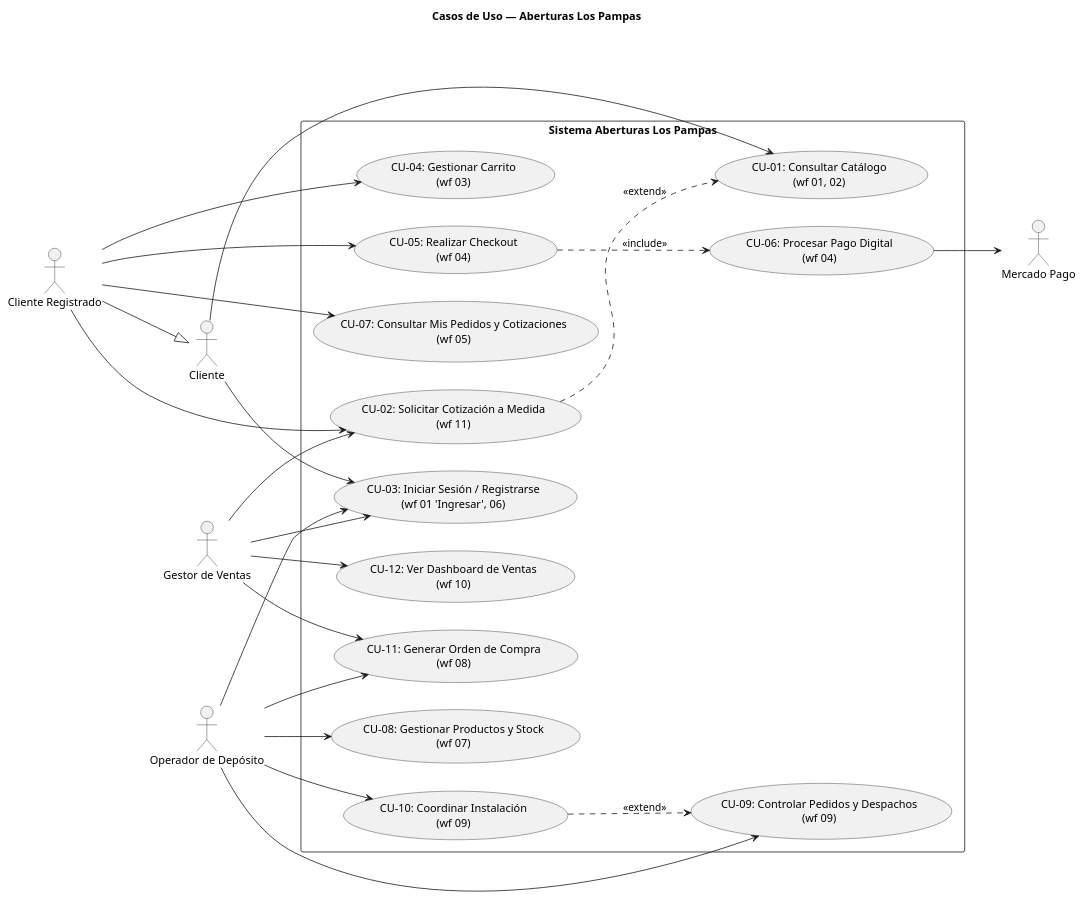
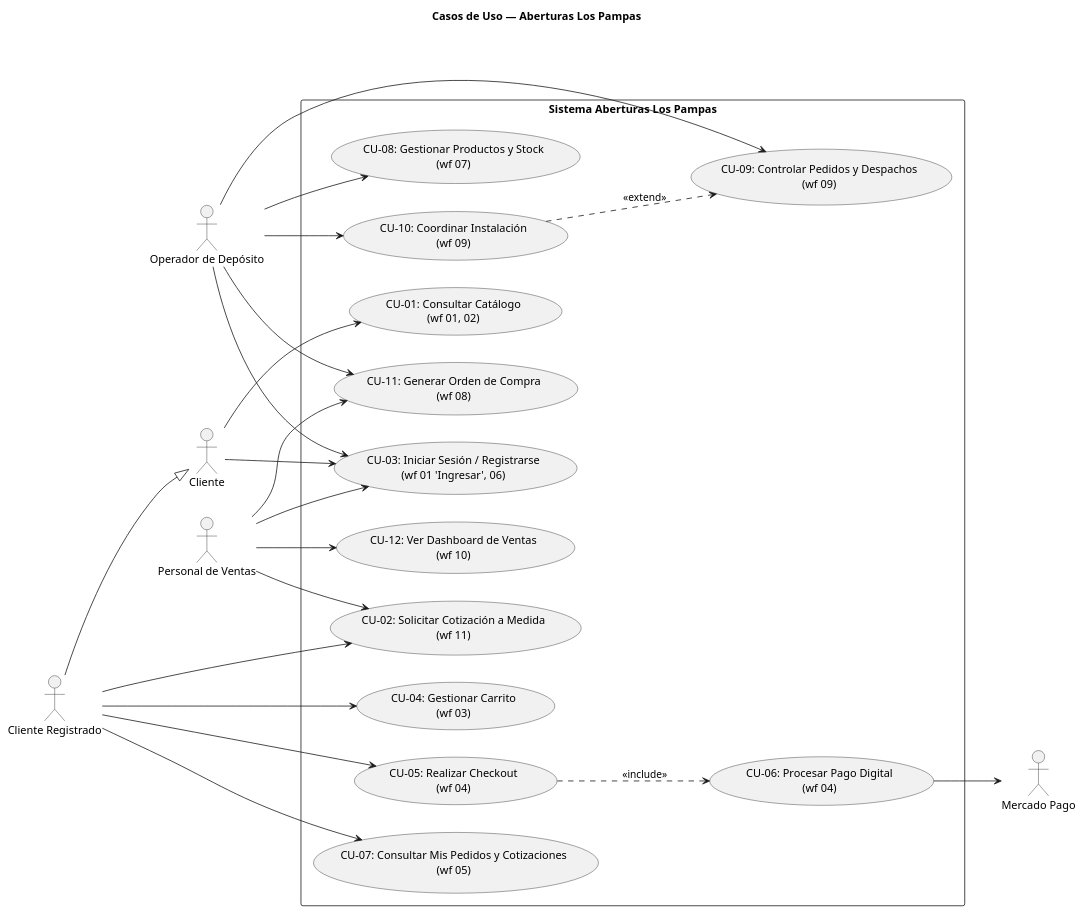
Before and after one commit to ScagliaUriel/desarrollo-web-aberturas-los-pampas: the diagram in diagramas/casos-de-uso.puml, drawn with PlantUML.

Commit message:
Corrección del nombre del actor "Gestor de Ventas" a "Personal de Ventas" en el diagrama de casos de uso y eliminación de una relación innecesaria.

```diff
--- a/diagramas/casos-de-uso.puml
+++ b/diagramas/casos-de-uso.puml
@@ -1,51 +1,50 @@
 @startuml AberturasLosPampas_CasosDeUso
 title Casos de Uso — Aberturas Los Pampas
 left to right direction
 skinparam packageStyle rectangle
 
 actor "Cliente" as usr
 actor "Cliente Registrado" as usrAuth
-actor "Gestor de Ventas" as admin
+actor "Personal de Ventas" as admin
 actor "Operador de Depósito" as op
 actor "Mercado Pago" as mp
 
 usrAuth --|> usr
 
 rectangle "Sistema Aberturas Los Pampas" {
   usecase "CU-01: Consultar Catálogo\n(wf 01, 02)" as CU01
   usecase "CU-02: Solicitar Cotización a Medida\n(wf 11)" as CU02
   usecase "CU-03: Iniciar Sesión / Registrarse\n(wf 01 'Ingresar', 06)" as CU03
   usecase "CU-04: Gestionar Carrito\n(wf 03)" as CU04
   usecase "CU-05: Realizar Checkout\n(wf 04)" as CU05
   usecase "CU-06: Procesar Pago Digital\n(wf 04)" as CU06
   usecase "CU-07: Consultar Mis Pedidos y Cotizaciones\n(wf 05)" as CU07
   usecase "CU-08: Gestionar Productos y Stock\n(wf 07)" as CU08
   usecase "CU-09: Controlar Pedidos y Despachos\n(wf 09)" as CU09
   usecase "CU-10: Coordinar Instalación\n(wf 09)" as CU10
   usecase "CU-11: Generar Orden de Compra\n(wf 08)" as CU11
   usecase "CU-12: Ver Dashboard de Ventas\n(wf 10)" as CU12
 }
 
 usr --> CU01
 usr --> CU03
 usrAuth --> CU02
 usrAuth --> CU04
 usrAuth --> CU05
 usrAuth --> CU07
 
-CU02 ..> CU01 : <<extend>>
 CU05 ..> CU06 : <<include>>
 CU06 --> mp
 
 admin --> CU03
 admin --> CU02
 admin --> CU11
 admin --> CU12
 op --> CU03
 op --> CU08
 op --> CU09
 op --> CU10
 op --> CU11
 
 CU10 ..> CU09 : <<extend>>
 @enduml
```
